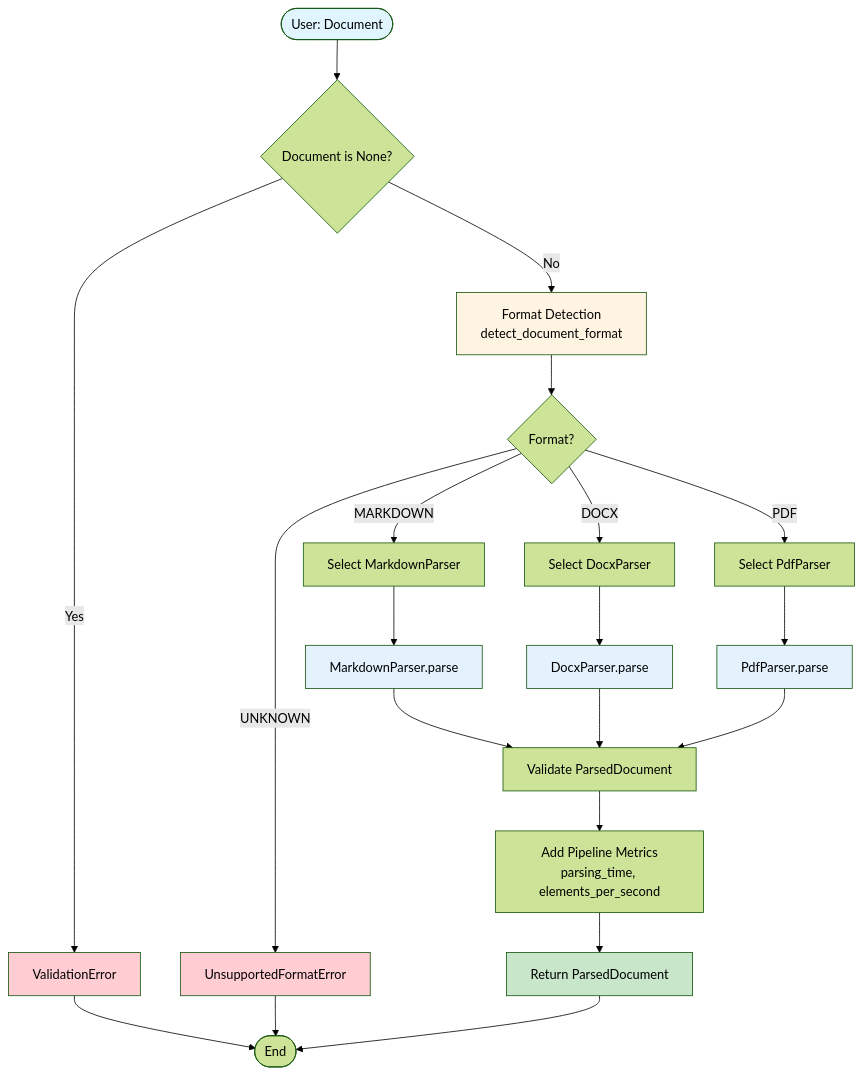
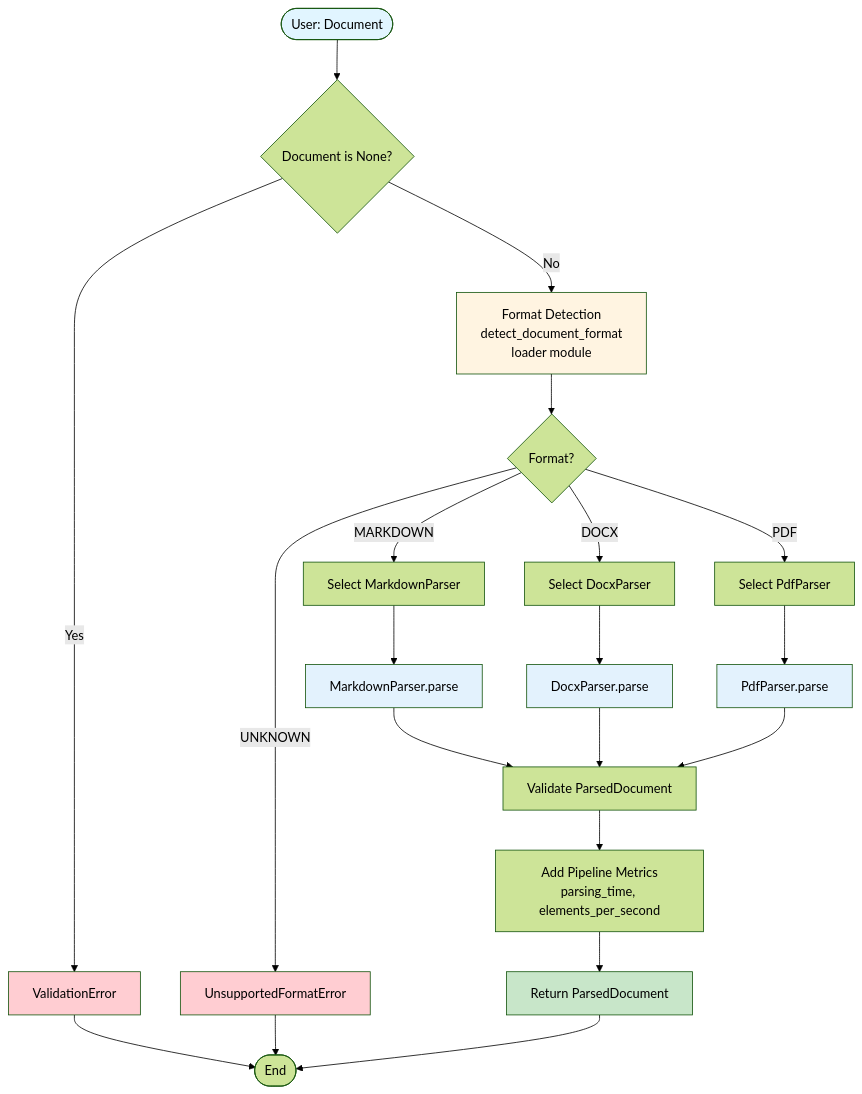
Before and after one commit to aimclub/documentor: the fifth of 5 diagrams in docs/architecture_diagram.md, drawn with Mermaid (forest theme). The commit also changed other lines of this file and 4 other files, not shown here.

First line of the commit message:
update architecture diagram (#41)

````diff
--- a/docs/architecture_diagram.md
+++ b/docs/architecture_diagram.md
@@ -328,36 +333,36 @@
 ```mermaid
 flowchart TD
     Start([User: Document]) --> Validate1{Document is None?}
     Validate1 -->|Yes| Error1[ValidationError]
-    Validate1 -->|No| Detect[Format Detection<br/>detect_document_format]
+    Validate1 -->|No| Detect[Format Detection<br/>detect_document_format<br/>loader module]
     
     Detect --> Format{Format?}
     Format -->|MARKDOWN| SelectMD[Select MarkdownParser]
     Format -->|DOCX| SelectDOCX[Select DocxParser]
     Format -->|PDF| SelectPDF[Select PdfParser]
     Format -->|UNKNOWN| Error2[UnsupportedFormatError]
     
     SelectMD --> ParseMD[MarkdownParser.parse]
     SelectDOCX --> ParseDOCX[DocxParser.parse]
     SelectPDF --> ParsePDF[PdfParser.parse]
     
     ParseMD --> Validate2[Validate ParsedDocument]
     ParseDOCX --> Validate2
     ParsePDF --> Validate2
     
     Validate2 --> Metrics[Add Pipeline Metrics<br/>parsing_time, elements_per_second]
     Metrics --> Return[Return ParsedDocument]
     
     Error1 --> End([End])
     Error2 --> End
     Return --> End
     
     style Start fill:#e1f5ff
     style Detect fill:#fff4e1
     style ParseMD fill:#e3f2fd
     style ParseDOCX fill:#e3f2fd
     style ParsePDF fill:#e3f2fd
     style Return fill:#c8e6c9
     style Error1 fill:#ffcdd2
     style Error2 fill:#ffcdd2
 ```
````
